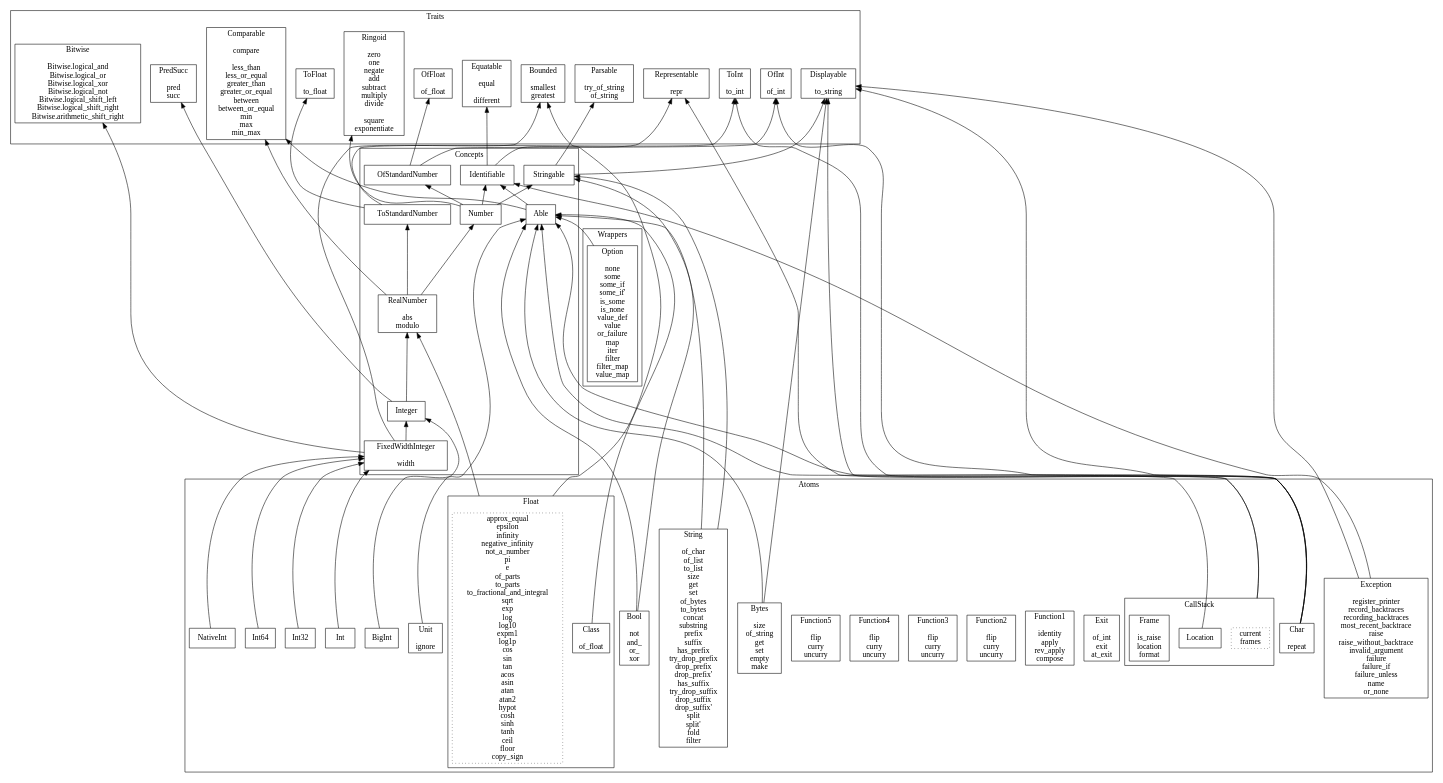
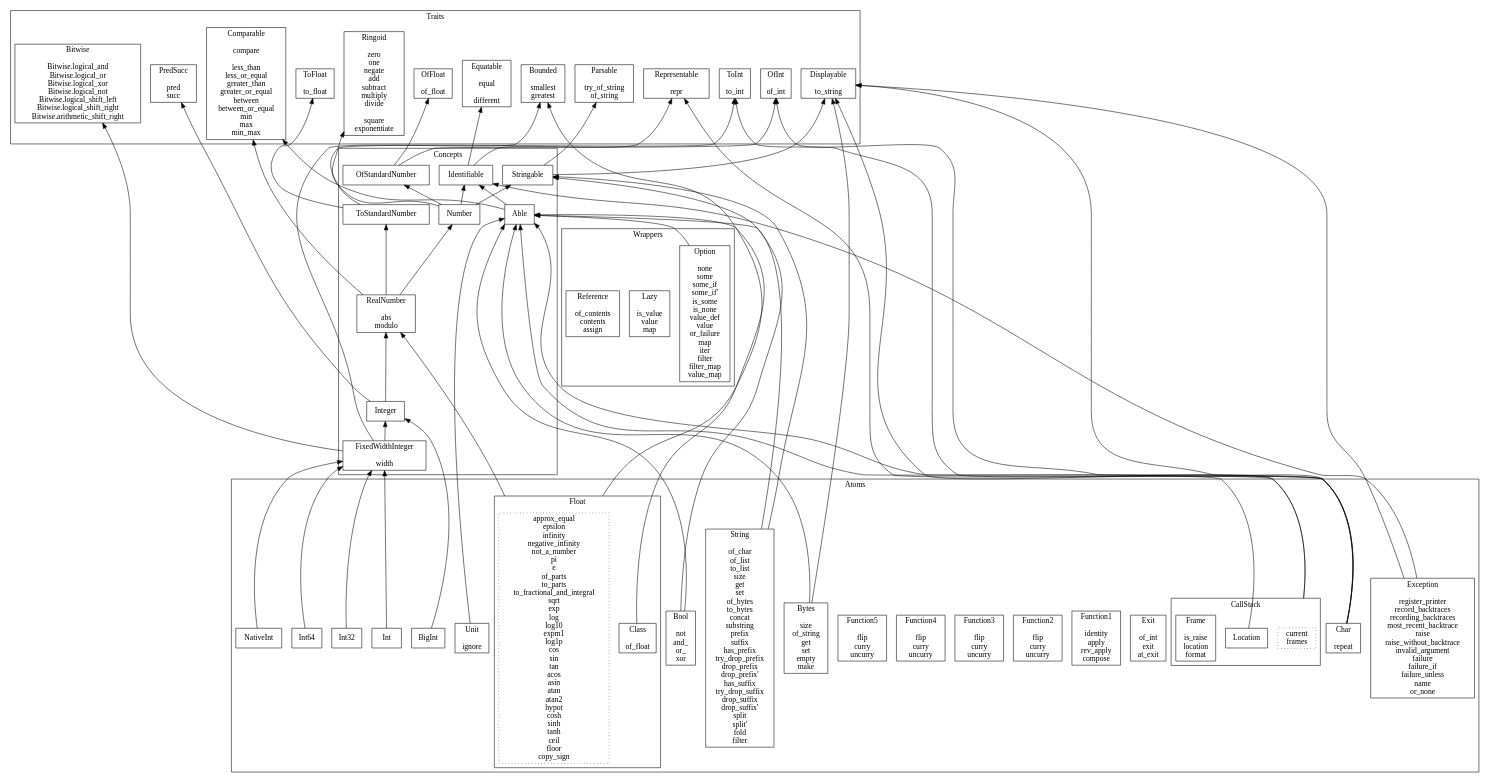
The diagram in src/Generated/Facets.dot (jacquev6/General), drawn with Graphviz before and after one commit. The commit also changed 13 other files, not shown here.

```diff
--- a/src/Generated/Facets.dot
+++ b/src/Generated/Facets.dot
@@ -1,121 +1,123 @@
 digraph {
   compound=true
   rankdir="BT"
   node [shape="box"]
   subgraph cluster_Traits {
     label="Traits"
     labelloc="b"
     representable [label="Representable\n\nrepr"]
     equatable [label="Equatable\n\nequal\n\ndifferent"]
     displayable [label="Displayable\n\nto_string"]
     parsable [label="Parsable\n\ntry_of_string\nof_string"]
     comparable [label="Comparable\n\ncompare\n\nless_than\nless_or_equal\ngreater_than\ngreater_or_equal\nbetween\nbetween_or_equal\nmin\nmax\nmin_max"]
     ringoid [label="Ringoid\n\nzero\none\nnegate\nadd\nsubtract\nmultiply\ndivide\n\nsquare\nexponentiate"]
     ofint [label="OfInt\n\nof_int"]
     toint [label="ToInt\n\nto_int"]
     offloat [label="OfFloat\n\nof_float"]
     tofloat [label="ToFloat\n\nto_float"]
     predsucc [label="PredSucc\n\npred\nsucc"]
     bounded [label="Bounded\n\nsmallest\ngreatest"]
     bitwise [label="Bitwise\n\nBitwise.logical_and\nBitwise.logical_or\nBitwise.logical_xor\nBitwise.logical_not\nBitwise.logical_shift_left\nBitwise.logical_shift_right\nBitwise.arithmetic_shift_right"]
   }
   subgraph cluster_Concepts {
     label="Concepts"
     labelloc="b"
     identifiable [label="Identifiable"]
     able [label="Able"]
     stringable [label="Stringable"]
     ofstandardnumber [label="OfStandardNumber"]
     number [label="Number"]
     tostandardnumber [label="ToStandardNumber"]
     realnumber [label="RealNumber\n\nabs\nmodulo"]
     integer [label="Integer"]
     fixedwidthinteger [label="FixedWidthInteger\n\nwidth"]
   }
   subgraph cluster_Atoms {
     label="Atoms"
     labelloc="b"
     subgraph cluster_CallStack {
       label="CallStack"
       labelloc="b"
       callstack [style="dotted",label="current\nframes"]
       location [label="Location"]
       frame [label="Frame\n\nis_raise\nlocation\nformat"]
     }
     exception [label="Exception\n\nregister_printer\nrecord_backtraces\nrecording_backtraces\nmost_recent_backtrace\nraise\nraise_without_backtrace\ninvalid_argument\nfailure\nfailure_if\nfailure_unless\nname\nor_none"]
     exit [label="Exit\n\nof_int\nexit\nat_exit"]
     function1 [label="Function1\n\nidentity\napply\nrev_apply\ncompose"]
     function2 [label="Function2\n\nflip\ncurry\nuncurry"]
     function3 [label="Function3\n\nflip\ncurry\nuncurry"]
     function4 [label="Function4\n\nflip\ncurry\nuncurry"]
     function5 [label="Function5\n\nflip\ncurry\nuncurry"]
     unit [label="Unit\n\nignore"]
     bool [label="Bool\n\nnot\nand_\nor_\nxor"]
     char [label="Char\n\nrepeat"]
     int [label="Int"]
     int32 [label="Int32"]
     int64 [label="Int64"]
     nativeint [label="NativeInt"]
     bigint [label="BigInt"]
     subgraph cluster_Float {
       label="Float"
       labelloc="b"
       float [style="dotted",label="approx_equal\nepsilon\ninfinity\nnegative_infinity\nnot_a_number\npi\ne\nof_parts\nto_parts\nto_fractional_and_integral\nsqrt\nexp\nlog\nlog10\nexpm1\nlog1p\ncos\nsin\ntan\nacos\nasin\natan\natan2\nhypot\ncosh\nsinh\ntanh\nceil\nfloor\ncopy_sign"]
       float_class [label="Class\n\nof_float"]
     }
     string [label="String\n\nof_char\nof_list\nto_list\nsize\nget\nset\nof_bytes\nto_bytes\nconcat\nsubstring\nprefix\nsuffix\nhas_prefix\ntry_drop_prefix\ndrop_prefix\ndrop_prefix'\nhas_suffix\ntry_drop_suffix\ndrop_suffix\ndrop_suffix'\nsplit\nsplit'\nfold\nfilter"]
     bytes [label="Bytes\n\nsize\nof_string\nget\nset\nempty\nmake"]
   }
   subgraph cluster_Wrappers {
     label="Wrappers"
     labelloc="b"
     option [label="Option\n\nnone\nsome\nsome_if\nsome_if'\nis_some\nis_none\nvalue_def\nvalue\nor_failure\nmap\niter\nfilter\nfilter_map\nvalue_map"]
+    lazy [label="Lazy\n\nis_value\nvalue\nmap"]
+    reference [label="Reference\n\nof_contents\ncontents\nassign"]
   }
   identifiable -> equatable
   identifiable -> representable
   able -> identifiable
   able -> comparable
   stringable -> displayable
   stringable -> parsable
   ofstandardnumber -> ofint
   ofstandardnumber -> offloat
   number -> identifiable
   number -> stringable
   number -> ringoid
   number -> ofstandardnumber
   tostandardnumber -> toint
   tostandardnumber -> tofloat
   realnumber -> number
   realnumber -> comparable
   realnumber -> tostandardnumber
   integer -> realnumber
   integer -> predsucc
   fixedwidthinteger -> integer
   fixedwidthinteger -> bounded
   fixedwidthinteger -> bitwise
   callstack -> displayable [ltail="cluster_CallStack"]
   callstack -> representable [ltail="cluster_CallStack"]
   location -> able
   exception -> identifiable
   exception -> displayable
   unit -> able
   bool -> able
   bool -> stringable
   char -> able
   char -> displayable
   char -> ofint
   char -> toint
   int -> fixedwidthinteger
   int32 -> fixedwidthinteger
   int64 -> fixedwidthinteger
   nativeint -> fixedwidthinteger
   bigint -> integer
   float -> realnumber [ltail="cluster_Float"]
   float -> bounded [ltail="cluster_Float"]
   float_class -> able
   string -> able
   string -> stringable
   bytes -> able
   bytes -> displayable
   option -> able
 }
```
